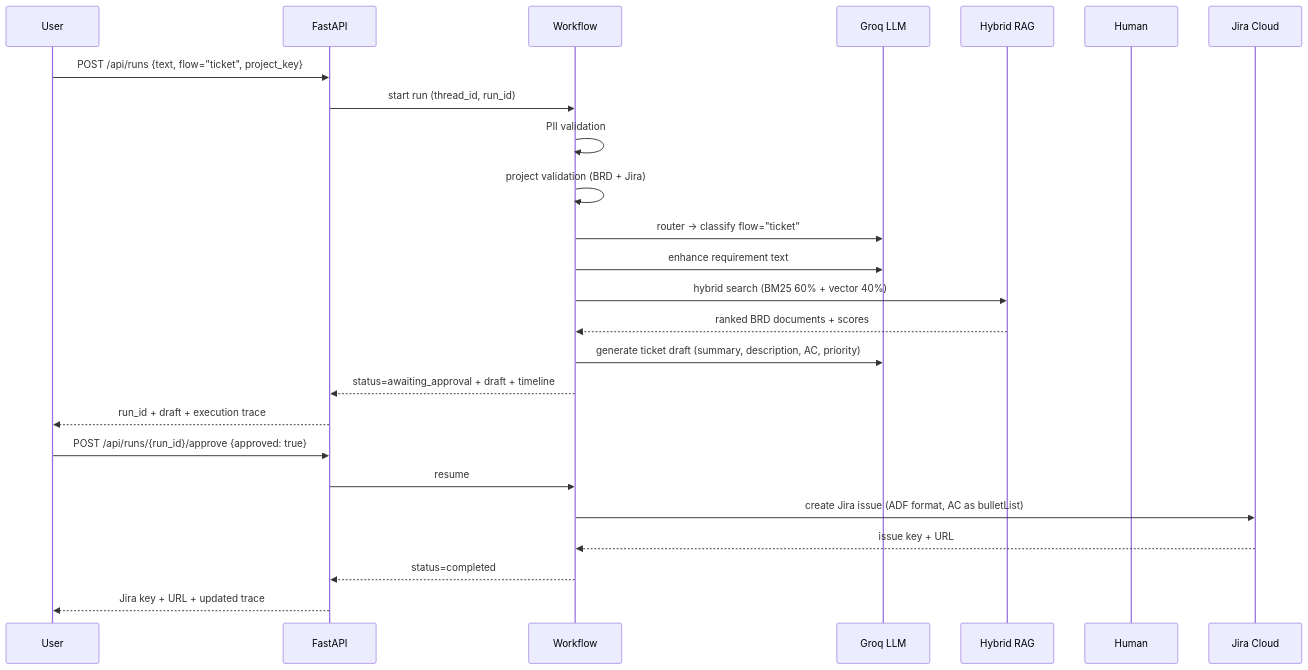
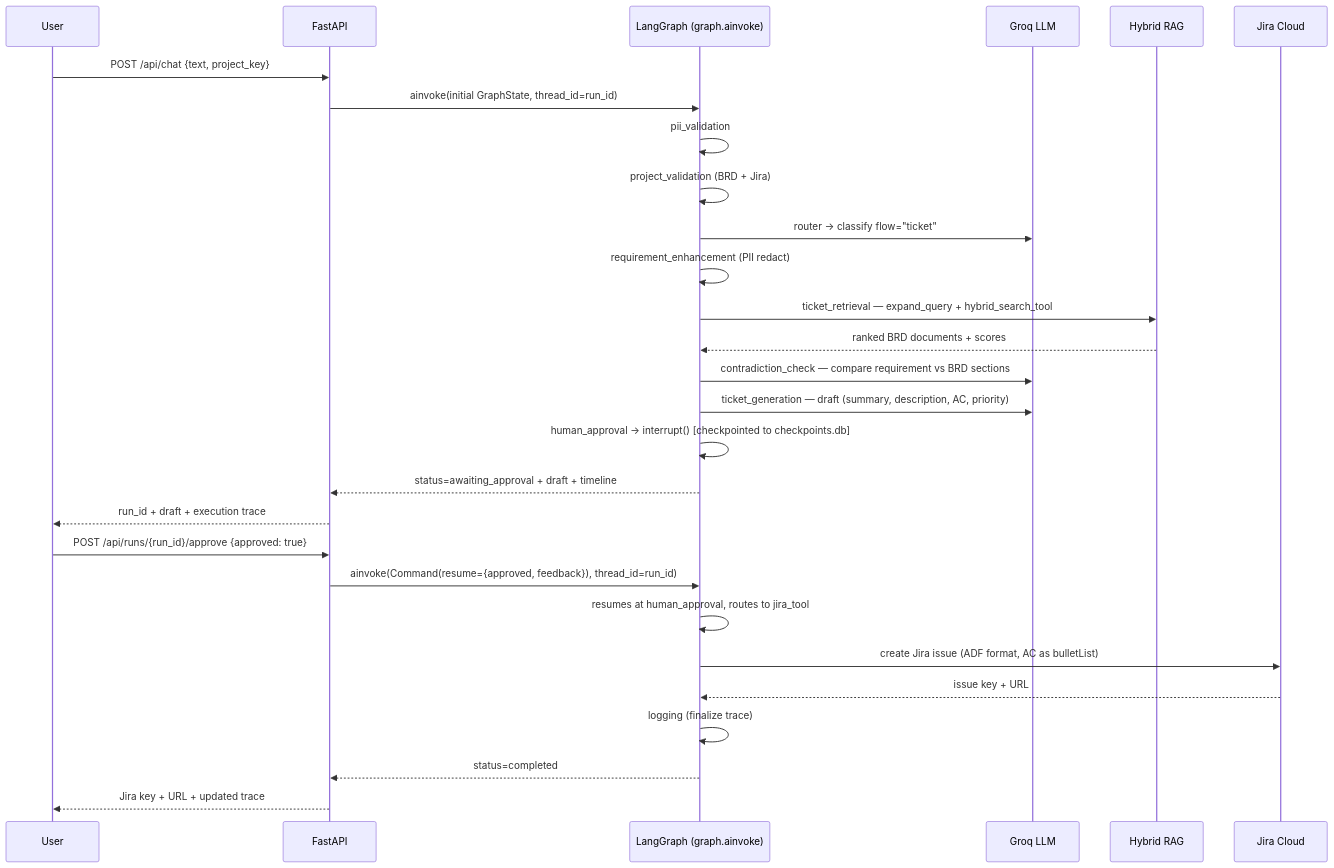
One commit to amit2440/jira-ai-agent changed the first of 5 diagrams in docs/SEQUENCE.md. Above: the diagram before and after it, drawn with Mermaid. The commit also changed other lines of this file and 31 other files, not shown here.

Commit message:
fix: Docs & Diagrams

````diff
--- a/docs/SEQUENCE.md
+++ b/docs/SEQUENCE.md
@@ -5,29 +7,32 @@
 ```mermaid
 sequenceDiagram
     participant U as User
     participant API as FastAPI
-    participant WF as Workflow
+    participant G as LangGraph (graph.ainvoke)
     participant LLM as Groq LLM
     participant RAG as Hybrid RAG
-    participant H as Human
     participant J as Jira Cloud
 
-    U->>API: POST /api/runs {text, flow="ticket", project_key}
-    API->>WF: start run (thread_id, run_id)
-    WF->>WF: PII validation
-    WF->>WF: project validation (BRD + Jira)
-    WF->>LLM: router → classify flow="ticket"
-    WF->>LLM: enhance requirement text
-    WF->>RAG: hybrid search (BM25 60% + vector 40%)
-    RAG-->>WF: ranked BRD documents + scores
-    WF->>LLM: generate ticket draft (summary, description, AC, priority)
-    WF-->>API: status=awaiting_approval + draft + timeline
+    U->>API: POST /api/chat {text, project_key}
+    API->>G: ainvoke(initial GraphState, thread_id=run_id)
+    G->>G: pii_validation
+    G->>G: project_validation (BRD + Jira)
+    G->>LLM: router → classify flow="ticket"
+    G->>G: requirement_enhancement (PII redact)
+    G->>RAG: ticket_retrieval — expand_query + hybrid_search_tool
+    RAG-->>G: ranked BRD documents + scores
+    G->>LLM: contradiction_check — compare requirement vs BRD sections
+    G->>LLM: ticket_generation — draft (summary, description, AC, priority)
+    G->>G: human_approval → interrupt() [checkpointed to checkpoints.db]
+    G-->>API: status=awaiting_approval + draft + timeline
     API-->>U: run_id + draft + execution trace
 
     U->>API: POST /api/runs/{run_id}/approve {approved: true}
-    API->>WF: resume
-    WF->>J: create Jira issue (ADF format, AC as bulletList)
-    J-->>WF: issue key + URL
-    WF-->>API: status=completed
+    API->>G: ainvoke(Command(resume={approved, feedback}), thread_id=run_id)
+    G->>G: resumes at human_approval, routes to jira_tool
+    G->>J: create Jira issue (ADF format, AC as bulletList)
+    J-->>G: issue key + URL
+    G->>G: logging (finalize trace)
+    G-->>API: status=completed
     API-->>U: Jira key + URL + updated trace
 ```
````
